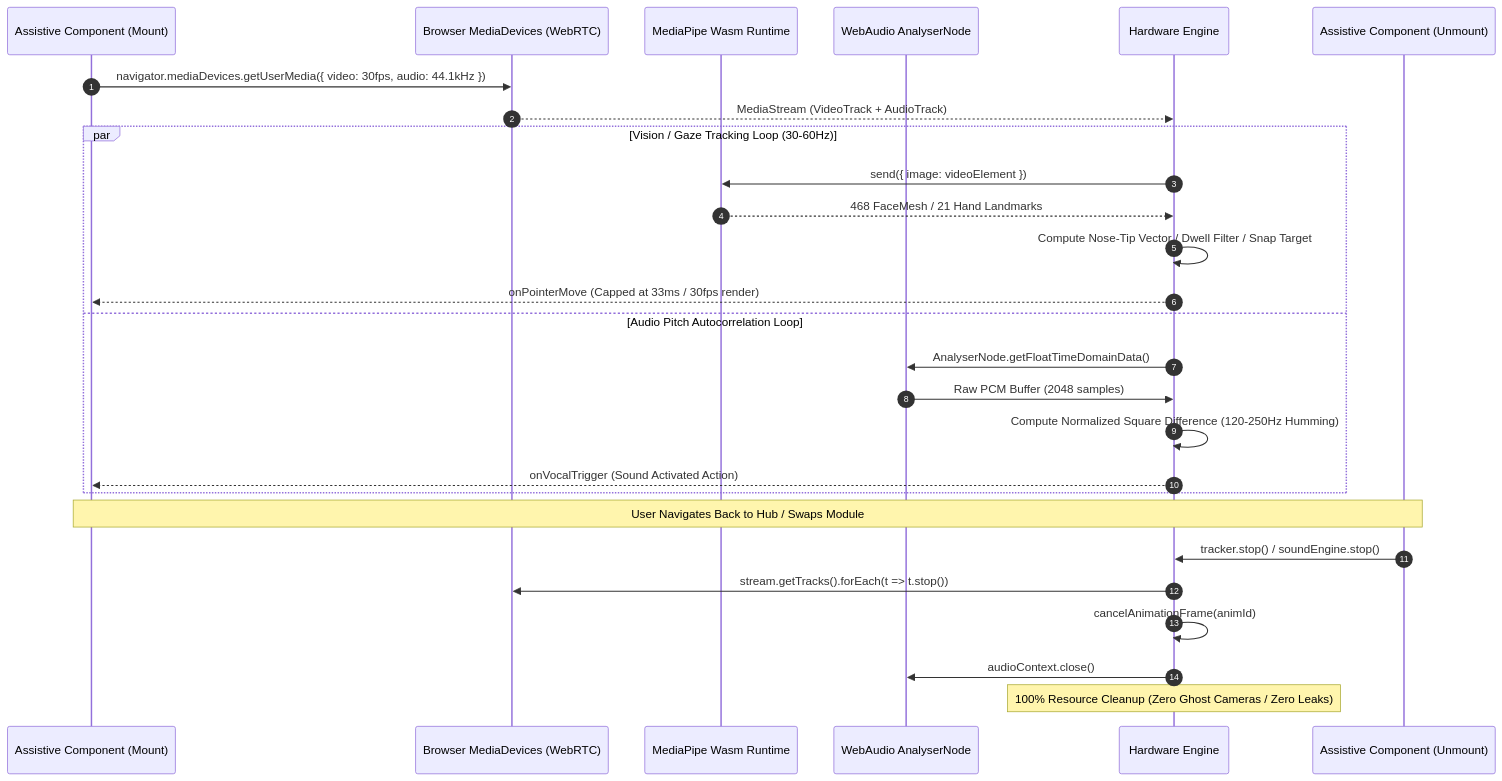
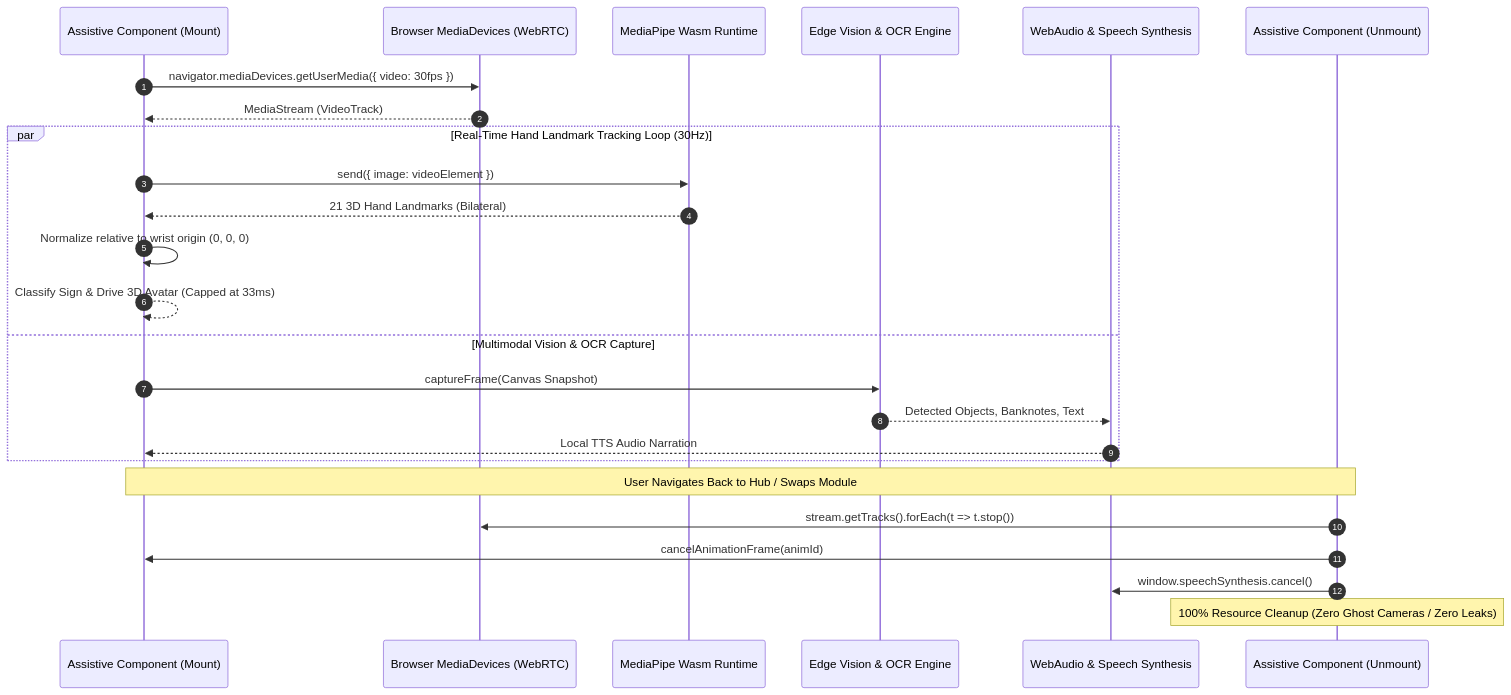
One commit to Mahmoud-Hashim-pro/cognify-production changed the diagram in docs/03-system-flows/assistive-hardware-flow.md. Above: the diagram before and after it, drawn with Mermaid. The commit also changed other lines of this file and 12 other files, not shown here.

````diff
--- a/docs/03-system-flows/assistive-hardware-flow.md
+++ b/docs/03-system-flows/assistive-hardware-flow.md
@@ -11,33 +11,31 @@
 ```mermaid
 sequenceDiagram
     autonumber
     participant UI as Assistive Component (Mount)
     participant Device as Browser MediaDevices (WebRTC)
     participant Worker as MediaPipe Wasm Runtime
-    participant Audio as WebAudio AnalyserNode
-    participant Engine as Hardware Engine
+    participant VisionAI as Edge Vision & OCR Engine
+    participant Audio as WebAudio & Speech Synthesis
     participant UI_Teardown as Assistive Component (Unmount)
 
-    UI->>Device: navigator.mediaDevices.getUserMedia({ video: 30fps, audio: 44.1kHz })
-    Device-->>Engine: MediaStream (VideoTrack + AudioTrack)
+    UI->>Device: navigator.mediaDevices.getUserMedia({ video: 30fps })
+    Device-->>UI: MediaStream (VideoTrack)
     
-    par Vision / Gaze Tracking Loop (30-60Hz)
-        Engine->>Worker: send({ image: videoElement })
-        Worker-->>Engine: 468 FaceMesh / 21 Hand Landmarks
-        Engine->>Engine: Compute Nose-Tip Vector / Dwell Filter / Snap Target
-        Engine-->>UI: onPointerMove (Capped at 33ms / 30fps render)
-    and Audio Pitch Autocorrelation Loop
-        Engine->>Audio: AnalyserNode.getFloatTimeDomainData()
-        Audio->>Engine: Raw PCM Buffer (2048 samples)
-        Engine->>Engine: Compute Normalized Square Difference (120-250Hz Humming)
-        Engine-->>UI: onVocalTrigger (Sound Activated Action)
+    par Real-Time Hand Landmark Tracking Loop (30Hz)
+        UI->>Worker: send({ image: videoElement })
+        Worker-->>UI: 21 3D Hand Landmarks (Bilateral)
+        UI->>UI: Normalize relative to wrist origin (0, 0, 0)
+        UI-->>UI: Classify Sign & Drive 3D Avatar (Capped at 33ms)
+    and Multimodal Vision & OCR Capture
+        UI->>VisionAI: captureFrame(Canvas Snapshot)
+        VisionAI-->>Audio: Detected Objects, Banknotes, Text
+        Audio-->>UI: Local TTS Audio Narration
     end
 
     Note over UI,UI_Teardown: User Navigates Back to Hub / Swaps Module
     
-    UI_Teardown->>Engine: tracker.stop() / soundEngine.stop()
-    Engine->>Device: stream.getTracks().forEach(t => t.stop())
-    Engine->>Engine: cancelAnimationFrame(animId)
-    Engine->>Audio: audioContext.close()
-    Note over Engine: 100% Resource Cleanup (Zero Ghost Cameras / Zero Leaks)
+    UI_Teardown->>Device: stream.getTracks().forEach(t => t.stop())
+    UI_Teardown->>UI: cancelAnimationFrame(animId)
+    UI_Teardown->>Audio: window.speechSynthesis.cancel()
+    Note over UI_Teardown: 100% Resource Cleanup (Zero Ghost Cameras / Zero Leaks)
 ```
````
